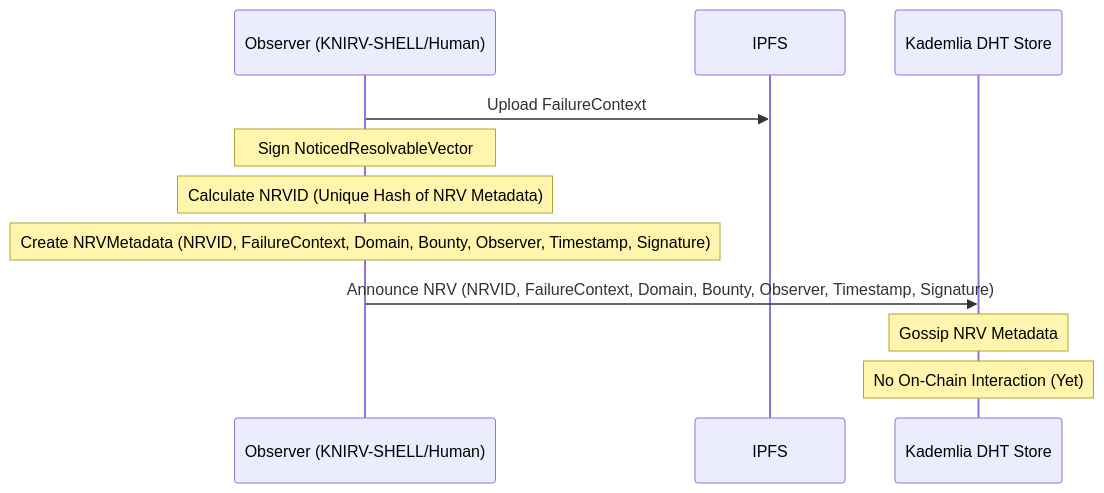
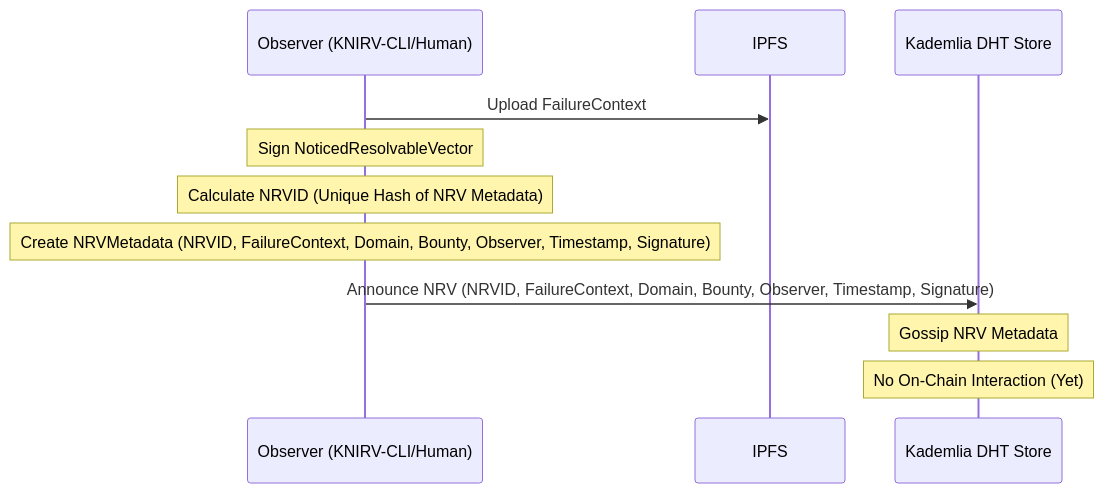
Before and after one commit to guiperry/KNIRV_NETWORK: the first of 9 diagrams in KNIRVGATEWAY/documentation/docsify/whitepapers/KNIRV-GRAPH_Whitepaper.md, drawn with Mermaid. The commit also changed other lines of this file and 1506 other files, not shown here.

````diff
--- a/KNIRVGATEWAY/documentation/docsify/whitepapers/KNIRV-GRAPH_Whitepaper.md
+++ b/KNIRVGATEWAY/documentation/docsify/whitepapers/KNIRV-GRAPH_Whitepaper.md
@@ -130,14 +130,14 @@
 ```mermaid
 sequenceDiagram
-    participant Obs as Observer (KNIRV-SHELL/Human)
+    participant Obs as Observer (KNIRV-CLI/Human)
     participant IPFS
     participant DHT as Kademlia DHT Store
     
     Obs->>IPFS: Upload FailureContext
     Note over Obs: Sign NoticedResolvableVector
     Note over Obs: Calculate NRVID (Unique Hash of NRV Metadata)
     Note over Obs: Create NRVMetadata (NRVID, FailureContext, Domain, Bounty, Observer, Timestamp, Signature)
     Obs->>DHT: Announce NRV (NRVID, FailureContext, Domain, Bounty, Observer, Timestamp, Signature)
     Note over DHT: Gossip NRV Metadata
     Note over DHT: No On-Chain Interaction (Yet)
 ```
````
